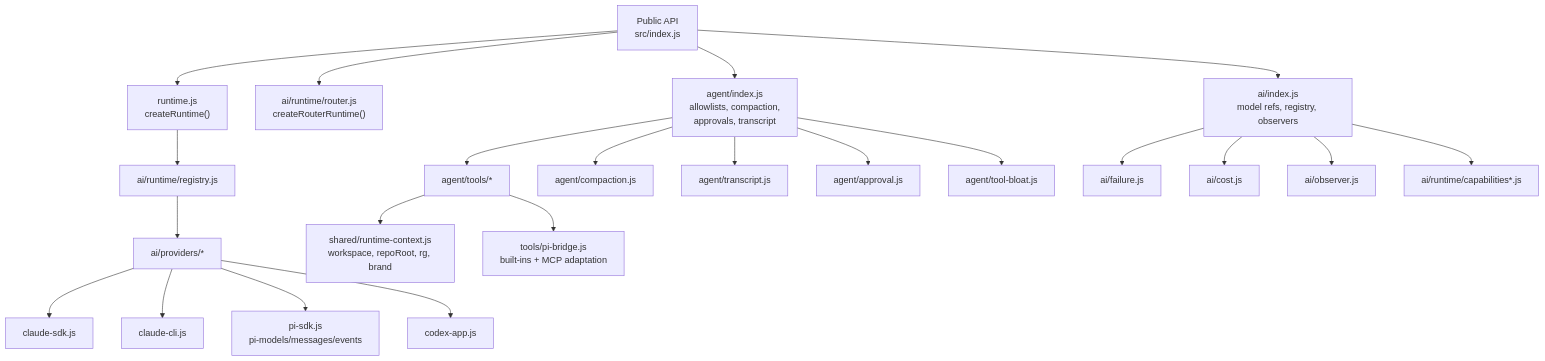
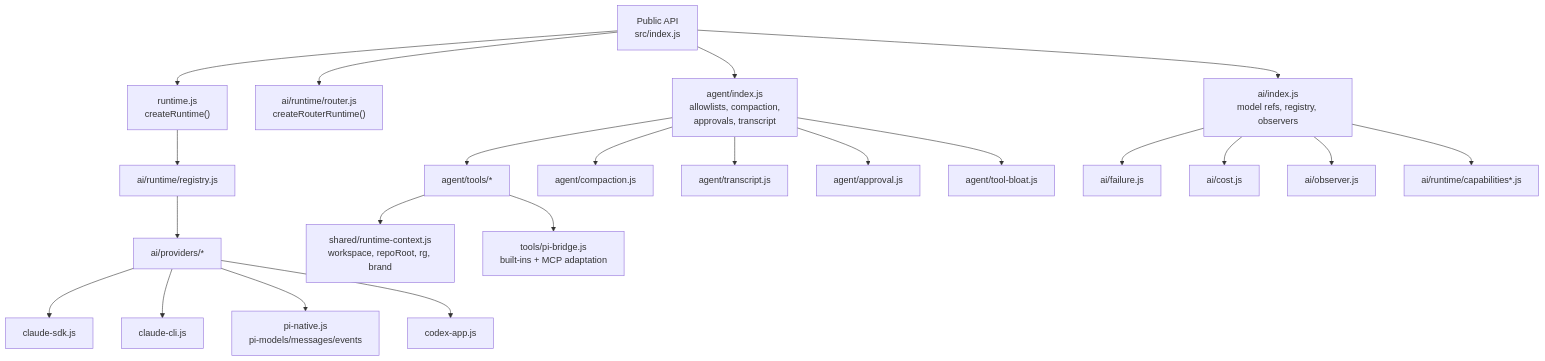
The fourth of 5 diagrams in packages/agent-runtime/ARCHITECTURE.md (robertsreberski/mono-agent), drawn with Mermaid before and after one commit. The commit also changed 7 other files, not shown here.

````diff
--- a/packages/agent-runtime/ARCHITECTURE.md
+++ b/packages/agent-runtime/ARCHITECTURE.md
@@ -131,29 +131,29 @@
 ```mermaid
 flowchart TB
   Public["Public API<br/>src/index.js"] --> RuntimeFactory["runtime.js<br/>createRuntime()"]
   Public --> Router["ai/runtime/router.js<br/>createRouterRuntime()"]
   Public --> AIExports["ai/index.js<br/>model refs, registry, observers"]
   Public --> AgentExports["agent/index.js<br/>allowlists, compaction,<br/>approvals, transcript"]
 
   RuntimeFactory --> Registry["ai/runtime/registry.js"]
   Registry --> Providers["ai/providers/*"]
 
   Providers --> Claude["claude-sdk.js"]
   Providers --> ClaudeCode["claude-cli.js"]
-  Providers --> Pi["pi-sdk.js<br/>pi-models/messages/events"]
+  Providers --> Pi["pi-native.js<br/>pi-models/messages/events"]
   Providers --> Codex["codex-app.js"]
 
   AgentExports --> Tools["agent/tools/*"]
   Tools --> ToolRuntime["shared/runtime-context.js<br/>workspace, repoRoot, rg, brand"]
   Tools --> PiBridge["tools/pi-bridge.js<br/>built-ins + MCP adaptation"]
 
   AgentExports --> Compaction["agent/compaction.js"]
   AgentExports --> Transcript["agent/transcript.js"]
   AgentExports --> Approval["agent/approval.js"]
   AgentExports --> Bloat["agent/tool-bloat.js"]
 
   AIExports --> Failure["ai/failure.js"]
   AIExports --> Cost["ai/cost.js"]
   AIExports --> Observer["ai/observer.js"]
   AIExports --> Capabilities["ai/runtime/capabilities*.js"]
 ```
````
